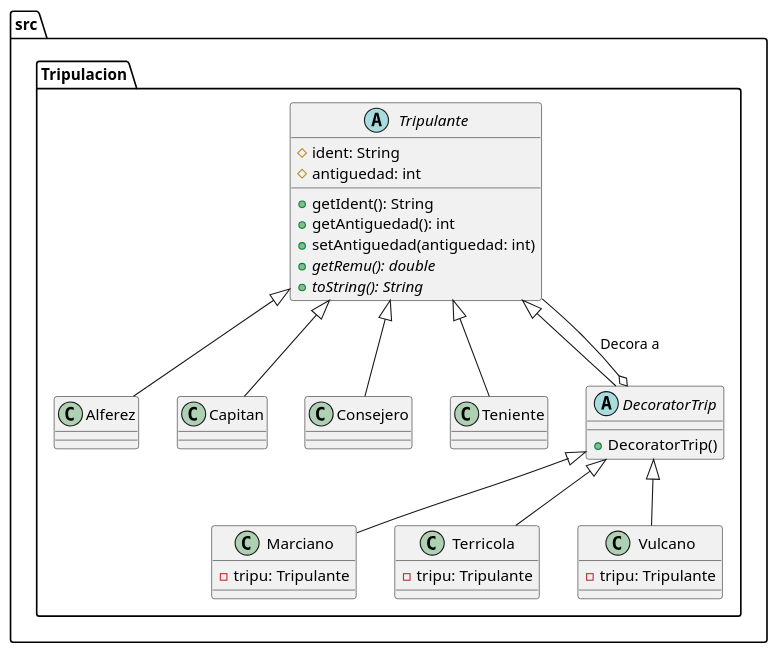
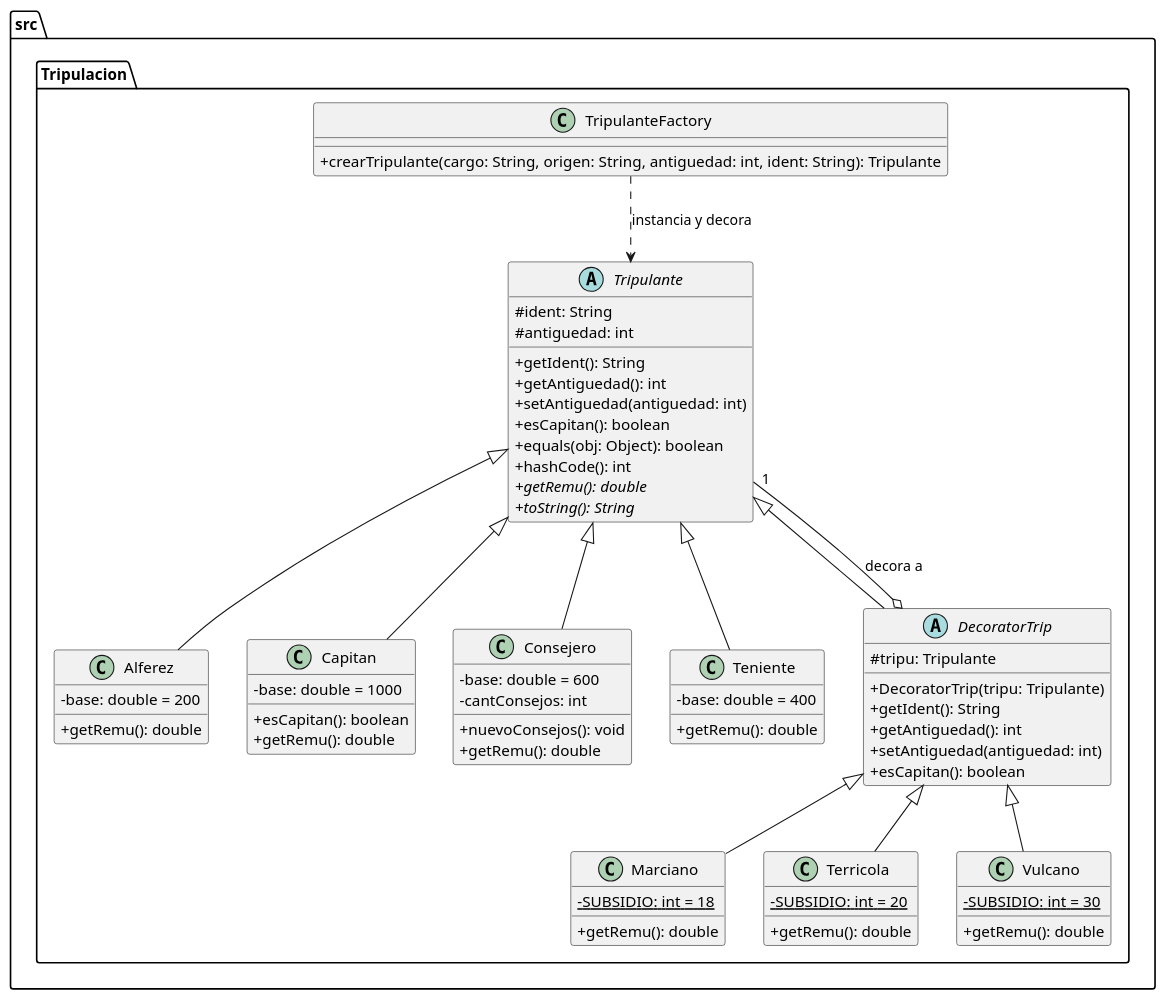
The diagram in TP/documentos/UMLs/TripulacionUml.puml (JoacoOlmos25/ProyectoProgra3-EmbarcadoDeNaveIntelestelar), drawn with PlantUML before and after one commit. The commit also changed 119 other files, not shown here.

```diff
--- a/TP/documentos/UMLs/TripulacionUml.puml
+++ b/TP/documentos/UMLs/TripulacionUml.puml
@@ -1,34 +1,67 @@
 @startuml
+skinparam classAttributeIconSize 0
+
 package src.Tripulacion {
     abstract class Tripulante {
         # ident: String
         # antiguedad: int
         + getIdent(): String
         + getAntiguedad(): int
         + setAntiguedad(antiguedad: int)
+        + esCapitan(): boolean
+        + equals(obj: Object): boolean
+        + hashCode(): int
         + {abstract} getRemu(): double
         + {abstract} toString(): String
     }
 
-    class Alferez extends Tripulante
-    class Capitan extends Tripulante
-    class Consejero extends Tripulante
-    class Teniente extends Tripulante
+    class Alferez extends Tripulante {
+        - base: double = 200
+        + getRemu(): double
+    }
+    class Capitan extends Tripulante {
+        - base: double = 1000
+        + esCapitan(): boolean
+        + getRemu(): double
+    }
+    class Consejero extends Tripulante {
+        - base: double = 600
+        - cantConsejos: int
+        + nuevoConsejos(): void
+        + getRemu(): double
+    }
+    class Teniente extends Tripulante {
+        - base: double = 400
+        + getRemu(): double
+    }
 
     abstract class DecoratorTrip extends Tripulante {
-        + DecoratorTrip()
+        # tripu: Tripulante
+        + DecoratorTrip(tripu: Tripulante)
+        + getIdent(): String
+        + getAntiguedad(): int
+        + setAntiguedad(antiguedad: int)
+        + esCapitan(): boolean
     }
 
     class Marciano extends DecoratorTrip {
-        - tripu: Tripulante
+        - {static} SUBSIDIO: int = 18
+        + getRemu(): double
     }
     class Terricola extends DecoratorTrip {
-        - tripu: Tripulante
+        - {static} SUBSIDIO: int = 20
+        + getRemu(): double
     }
     class Vulcano extends DecoratorTrip {
-        - tripu: Tripulante
+        - {static} SUBSIDIO: int = 30
+        + getRemu(): double
     }
 
-    DecoratorTrip o-- Tripulante : "Decora a"
+    class TripulanteFactory {
+        + crearTripulante(cargo: String, origen: String, antiguedad: int, ident: String): Tripulante
+    }
+
+    DecoratorTrip o-- "1" Tripulante : "decora a"
+    TripulanteFactory ..> Tripulante : "instancia y decora"
 }
 @enduml
```
